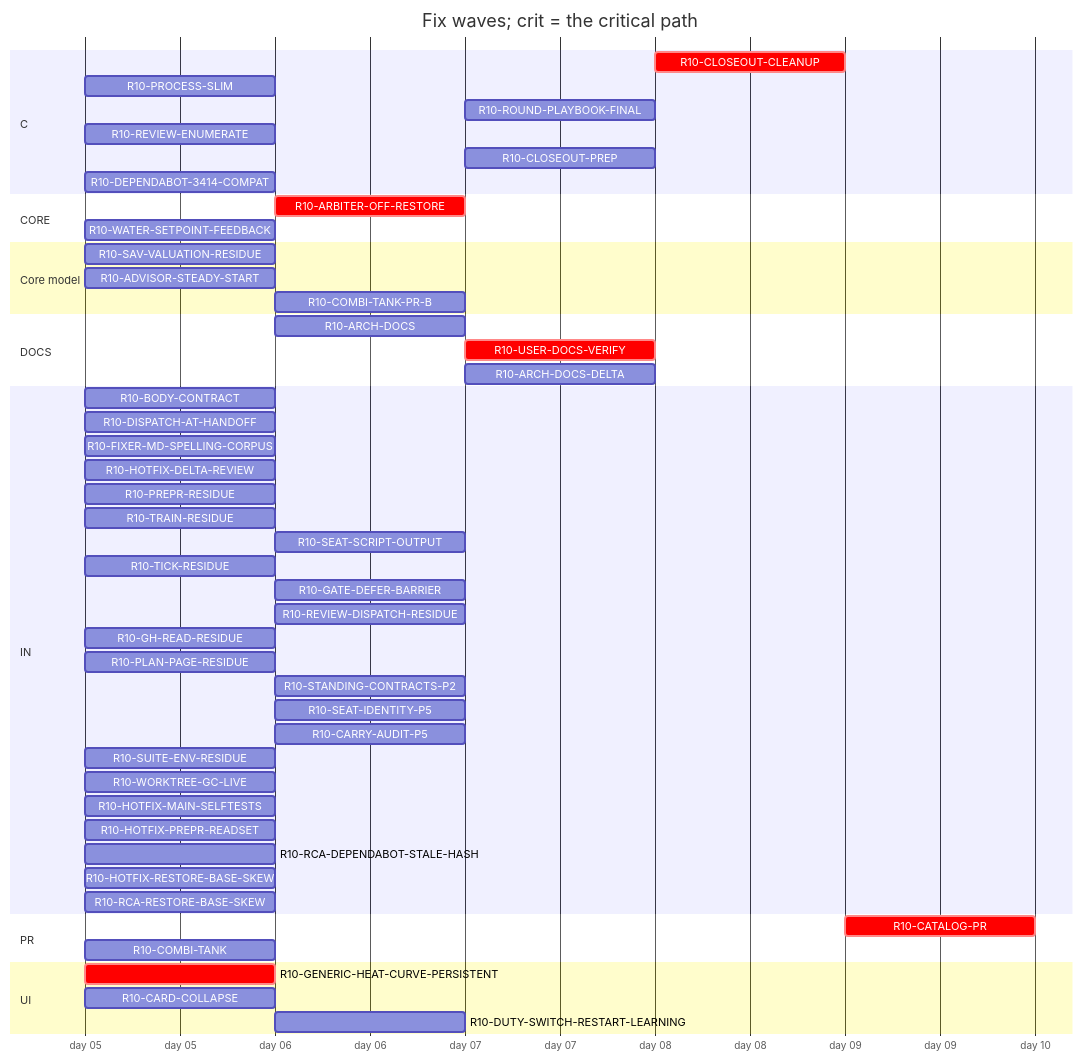
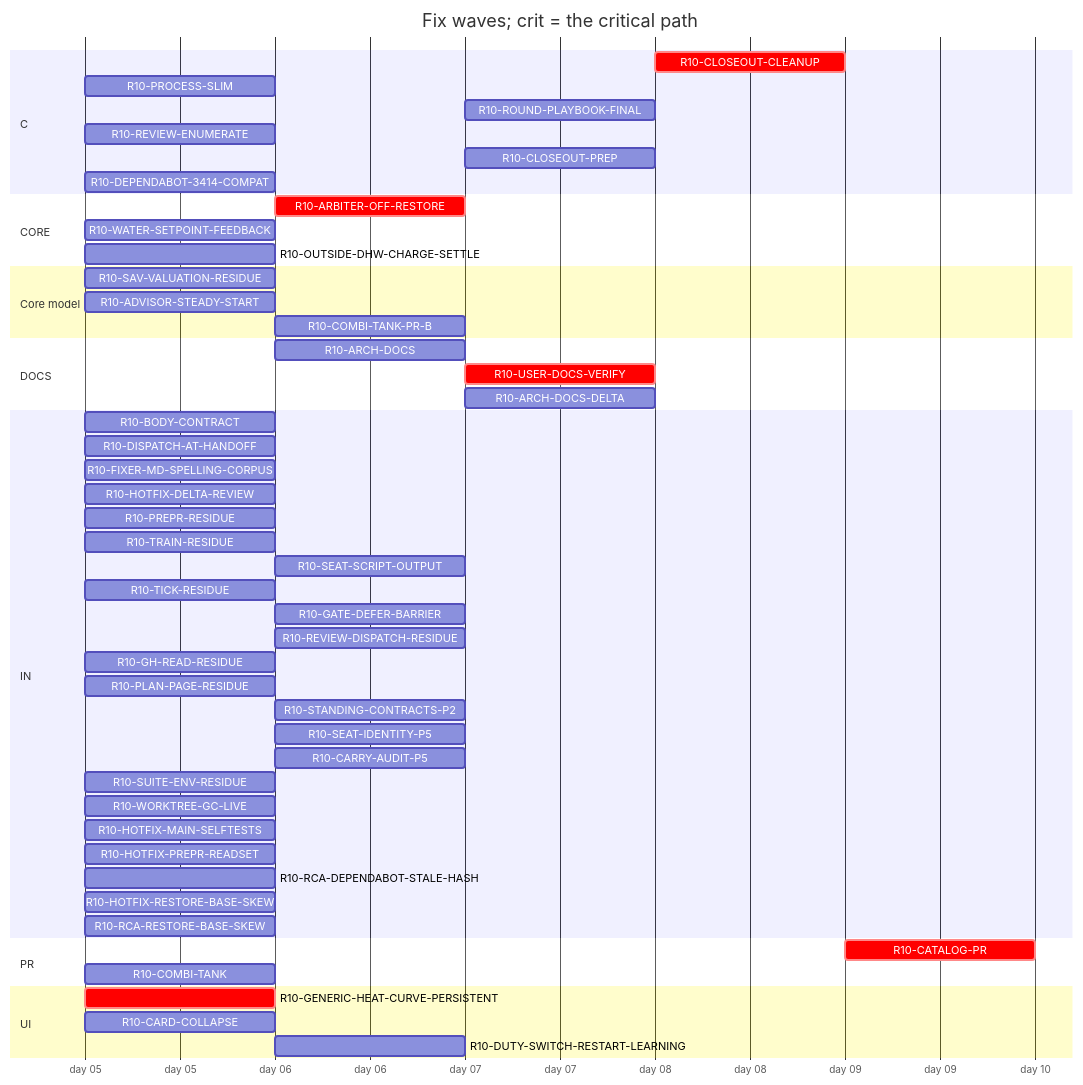
The diagram in handoff/round10/state/PLAN-TABLE.md (tvofi/heatpump_optimizer), drawn with Mermaid before and after one commit. The commit also changed other lines of this file and 4 other files, not shown here.

Commit message:
state: FLOW-BOARD.md, NEXT-SESSION-PROMPT.md, PLAN-TABLE.md, PLAN.html, RESUME-CURRENT.md regenerated (state_docs.py)

````diff
--- a/handoff/round10/state/PLAN-TABLE.md
+++ b/handoff/round10/state/PLAN-TABLE.md
@@ -20,54 +20,55 @@
 ```mermaid
 gantt
   title Fix waves; crit = the critical path
   dateFormat YYYY-MM-DD
   axisFormat day %d
   section C
     R10-CLOSEOUT-CLEANUP :crit, r10CLOSEOUTCLEANUP, after r10ARCHDOCS r10USERDOCSVERIFY r10ROUNDPLAYBOOKFINAL r10CLOSEOUTPREP r10ARCHDOCSDELTA, 1d
     R10-PROCESS-SLIM :r10PROCESSSLIM, 2026-01-05, 1d
     R10-ROUND-PLAYBOOK-FINAL :r10ROUNDPLAYBOOKFINAL, after r10DISPATCHATHANDOFF r10BODYCONTRACT r10PROCESSSLIM r10FIXERMDSPELLINGCORPUS r10PREPRRESIDUE r10SEATSCRIPTOUTPUT r10REVIEWDISPATCHRESIDUE r10CARRYAUDITP5 r10TICKRESIDUE r10SEATIDENTITYP5 r10STANDINGCONTRACTSP2 r10PLANPAGERESIDUE r10TRAINRESIDUE r10GHREADRESIDUE r10SUITEENVRESIDUE r10GATEDEFERBARRIER r10WORKTREEGCLIVE, 1d
     R10-REVIEW-ENUMERATE :r10REVIEWENUMERATE, 2026-01-05, 1d
     R10-CLOSEOUT-PREP :r10CLOSEOUTPREP, after r10ARCHDOCS r10DISPATCHATHANDOFF r10BODYCONTRACT r10PROCESSSLIM r10FIXERMDSPELLINGCORPUS r10PREPRRESIDUE r10SEATSCRIPTOUTPUT r10REVIEWDISPATCHRESIDUE r10CARRYAUDITP5 r10TICKRESIDUE r10SEATIDENTITYP5 r10STANDINGCONTRACTSP2 r10PLANPAGERESIDUE r10TRAINRESIDUE r10GHREADRESIDUE r10SUITEENVRESIDUE r10GATEDEFERBARRIER r10WORKTREEGCLIVE, 1d
     R10-DEPENDABOT-3414-COMPAT :r10DEPENDABOT3414COMPAT, 2026-01-05, 1d
   section CORE
     R10-ARBITER-OFF-RESTORE :crit, r10ARBITEROFFRESTORE, after r10GENERICHEATCURVEPERSISTENT r10WATERSETPOINTFEEDBACK, 1d
     R10-WATER-SETPOINT-FEEDBACK :r10WATERSETPOINTFEEDBACK, 2026-01-05, 1d
+    R10-OUTSIDE-DHW-CHARGE-SETTLE :r10OUTSIDEDHWCHARGESETTLE, 2026-01-05, 1d
   section Core model
     R10-SAV-VALUATION-RESIDUE :r10SAVVALUATIONRESIDUE, 2026-01-05, 1d
     R10-ADVISOR-STEADY-START :r10ADVISORSTEADYSTART, 2026-01-05, 1d
     R10-COMBI-TANK-PR-B :r10COMBITANKPRB, after r10COMBITANK, 1d
   section DOCS
     R10-ARCH-DOCS :r10ARCHDOCS, after r10DISPATCHATHANDOFF r10BODYCONTRACT r10PROCESSSLIM, 1d
     R10-USER-DOCS-VERIFY :crit, r10USERDOCSVERIFY, after r10GENERICHEATCURVEPERSISTENT r10ARBITEROFFRESTORE r10COMBITANK, 1d
     R10-ARCH-DOCS-DELTA :r10ARCHDOCSDELTA, after r10ARCHDOCS r10GENERICHEATCURVEPERSISTENT r10ARBITEROFFRESTORE r10COMBITANK r10SAVVALUATIONRESIDUE r10ADVISORSTEADYSTART r10COMBITANKPRB, 1d
   section IN
     R10-BODY-CONTRACT :r10BODYCONTRACT, 2026-01-05, 1d
     R10-DISPATCH-AT-HANDOFF :r10DISPATCHATHANDOFF, 2026-01-05, 1d
     R10-FIXER-MD-SPELLING-CORPUS :r10FIXERMDSPELLINGCORPUS, 2026-01-05, 1d
     R10-HOTFIX-DELTA-REVIEW :r10HOTFIXDELTAREVIEW, 2026-01-05, 1d
     R10-PREPR-RESIDUE :r10PREPRRESIDUE, 2026-01-05, 1d
     R10-TRAIN-RESIDUE :r10TRAINRESIDUE, 2026-01-05, 1d
     R10-SEAT-SCRIPT-OUTPUT :r10SEATSCRIPTOUTPUT, after r10TRAINRESIDUE, 1d
     R10-TICK-RESIDUE :r10TICKRESIDUE, 2026-01-05, 1d
     R10-GATE-DEFER-BARRIER :r10GATEDEFERBARRIER, after r10TRAINRESIDUE r10TICKRESIDUE, 1d
     R10-REVIEW-DISPATCH-RESIDUE :r10REVIEWDISPATCHRESIDUE, after r10DISPATCHATHANDOFF r10REVIEWENUMERATE r10HOTFIXDELTAREVIEW r10PROCESSSLIM, 1d
     R10-GH-READ-RESIDUE :r10GHREADRESIDUE, 2026-01-05, 1d
     R10-PLAN-PAGE-RESIDUE :r10PLANPAGERESIDUE, 2026-01-05, 1d
     R10-STANDING-CONTRACTS-P2 :r10STANDINGCONTRACTSP2, after r10FIXERMDSPELLINGCORPUS, 1d
     R10-SEAT-IDENTITY-P5 :r10SEATIDENTITYP5, after r10TICKRESIDUE, 1d
     R10-CARRY-AUDIT-P5 :r10CARRYAUDITP5, after r10BODYCONTRACT, 1d
     R10-SUITE-ENV-RESIDUE :r10SUITEENVRESIDUE, 2026-01-05, 1d
     R10-WORKTREE-GC-LIVE :r10WORKTREEGCLIVE, 2026-01-05, 1d
     R10-HOTFIX-MAIN-SELFTESTS :r10HOTFIXMAINSELFTESTS, 2026-01-05, 1d
     R10-HOTFIX-PREPR-READSET :r10HOTFIXPREPRREADSET, 2026-01-05, 1d
     R10-RCA-DEPENDABOT-STALE-HASH :r10RCADEPENDABOTSTALEHASH, 2026-01-05, 1d
     R10-HOTFIX-RESTORE-BASE-SKEW :r10HOTFIXRESTOREBASESKEW, 2026-01-05, 1d
     R10-RCA-RESTORE-BASE-SKEW :r10RCARESTOREBASESKEW, 2026-01-05, 1d
   section PR
     R10-CATALOG-PR :crit, r10CATALOGPR, after r10USERDOCSVERIFY r10ARCHDOCS r10ROUNDPLAYBOOKFINAL r10CLOSEOUTCLEANUP r10CLOSEOUTPREP r10ARCHDOCSDELTA, 1d
     R10-COMBI-TANK :r10COMBITANK, 2026-01-05, 1d
   section UI
     R10-GENERIC-HEAT-CURVE-PERSISTENT :crit, r10GENERICHEATCURVEPERSISTENT, 2026-01-05, 1d
     R10-CARD-COLLAPSE :r10CARDCOLLAPSE, 2026-01-05, 1d
     R10-DUTY-SWITCH-RESTART-LEARNING :r10DUTYSWITCHRESTARTLEARNING, after r10WATERSETPOINTFEEDBACK, 1d
 ```
````
